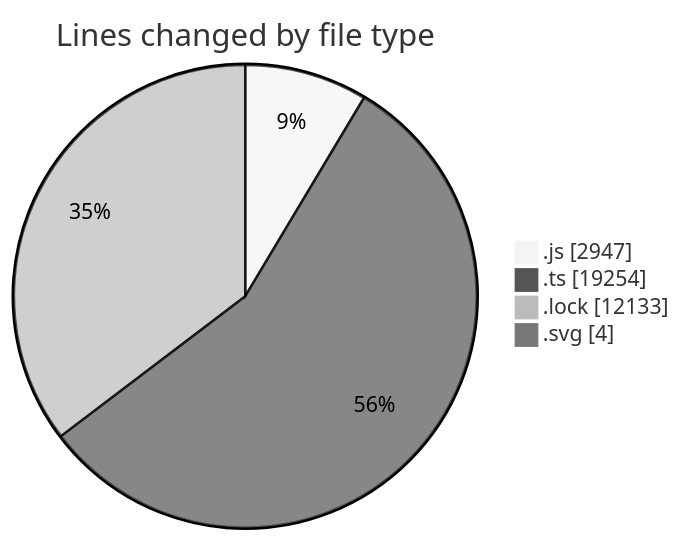
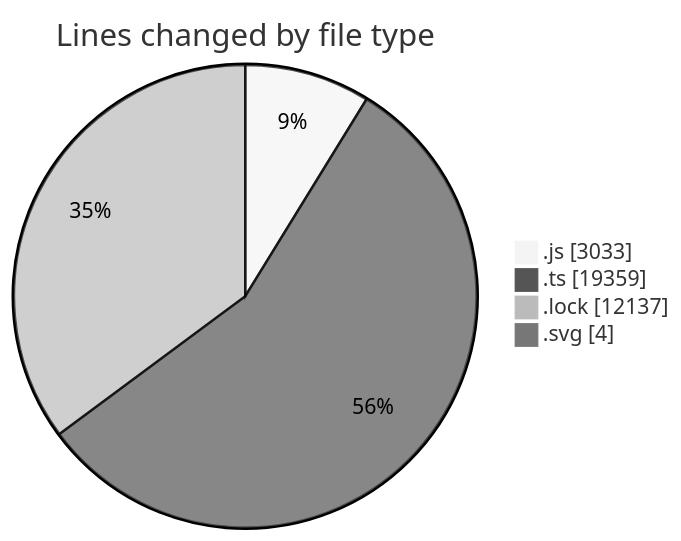
The first of 2 diagrams in 2025-08-12/cda/README.md (momahboobian/code-tracking), drawn with Mermaid (neutral theme) before and after one commit. The commit also changed other lines of this file and 1 other file, not shown here.

````diff
--- a/2025-08-12/cda/README.md
+++ b/2025-08-12/cda/README.md
@@ -42,8 +42,8 @@
 ```mermaid
 pie showData
 title Lines changed by file type
-".js" : 2947
-".ts" : 19254
-".lock" : 12133
+".js" : 3033
+".ts" : 19359
+".lock" : 12137
 ".svg" : 4
 ```
````
